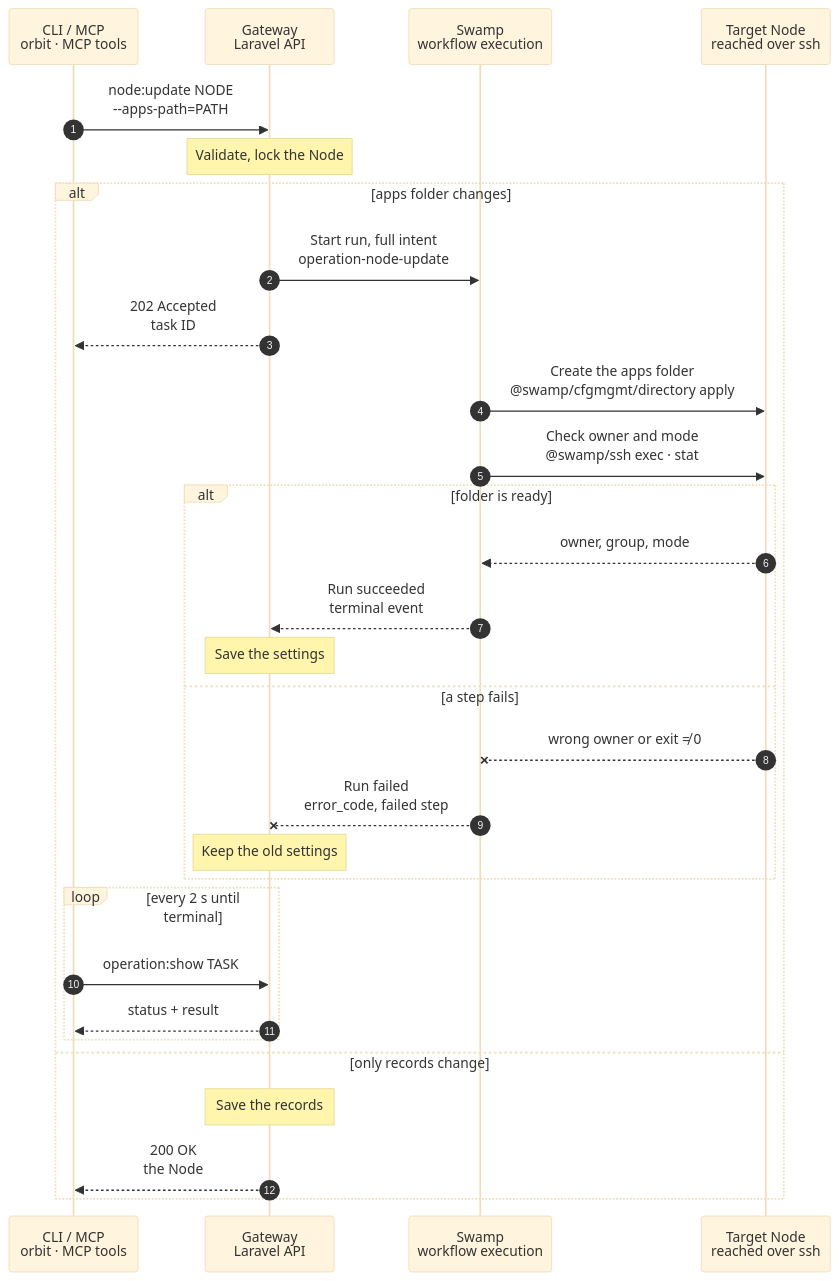
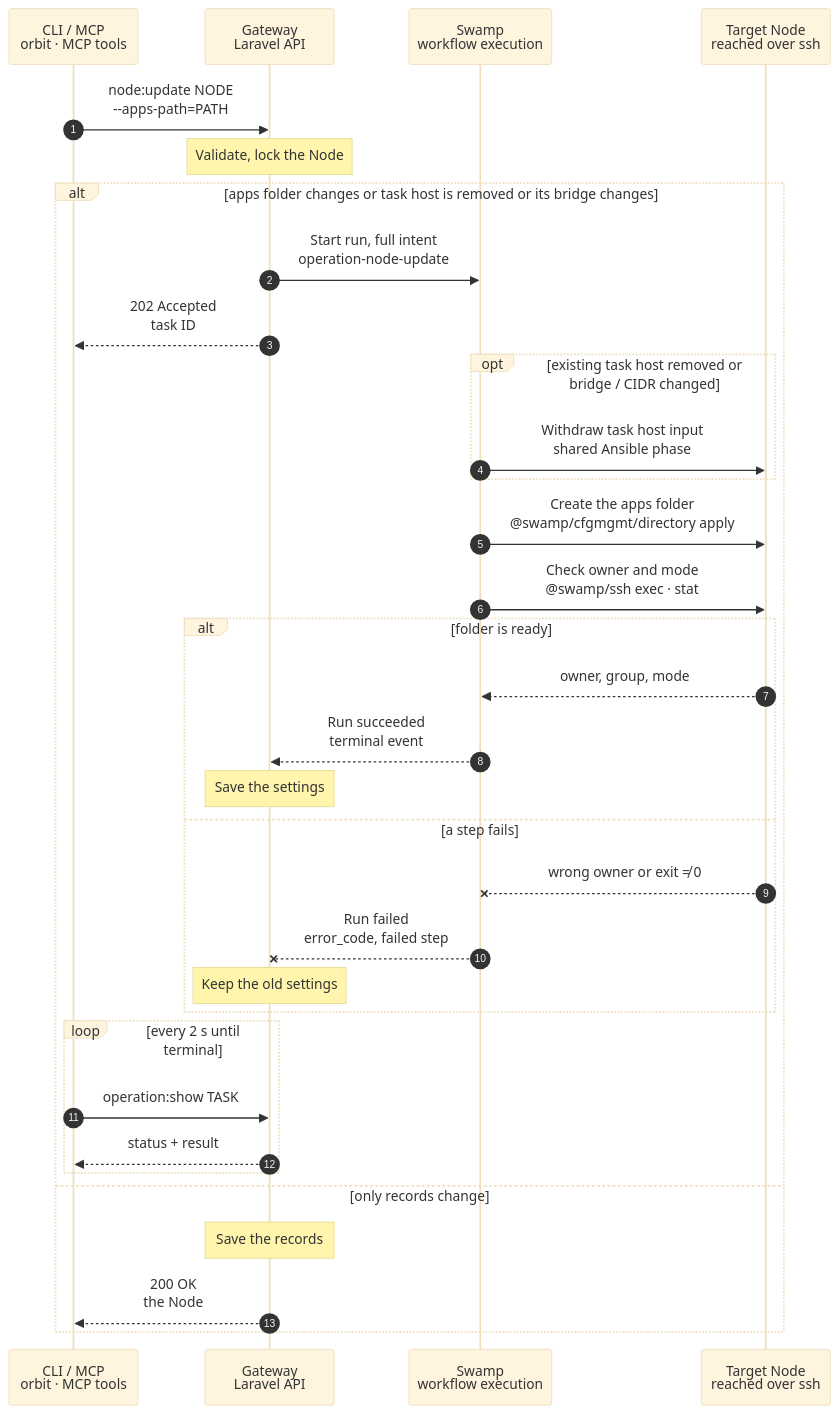
Before and after one commit to hardimpactdev/orbit: the diagram in docs/cli/node/update.mmd, drawn with Mermaid (base theme). The commit also changed 29 other files, not shown here.

Commit message:
fix(task-vm): own and withdraw bridge input firewall rules

```diff
--- a/docs/cli/node/update.mmd
+++ b/docs/cli/node/update.mmd
@@ -1,91 +1,97 @@
 sequenceDiagram
-  %% Target design: ADR 0244 task, task_vms is record-only, apps.path is Node work, one node:update. docs/reference/node-settings.md.
+  %% Target design: ADR 0244 task, task-host input withdrawal and apps.path are Node work, one node:update. docs/reference/node-settings.md.
   %% status: reviewed
   %% command: node:update
   %% kind: node.update
   autonumber
   %% lane CLI icon=terminal pill=caller tone=gray
   %% lane GW icon=gateway pill=intent tone=blue
   %% lane SW icon=workflow pill=executes tone=green
   %% lane N icon=server pill=target tone=amber
   participant CLI as CLI / MCP<br/>orbit · MCP tools
   participant GW as Gateway<br/>Laravel API
   participant SW as Swamp<br/>workflow execution
   participant N as Target Node<br/>reached over ssh
   CLI->>GW: node:update NODE<br/>--apps-path=PATH
   %%> Command:
   %%> - `orbit node:update NODE --apps-path=PATH`
   %%> - syntax: `<node> [--name=NAME] [--platform=PLATFORM] [--apps-path=PATH] [--task-vms=JSON] [--json]`
   %%> Input:
   %%> - the Node, and at least one setting to change
-  %%> - `--apps-path` is the change that needs Node work; the other settings are records
+  %%> - an apps-folder change or withdrawal of existing task-host input rules needs Node work; other changes are records
   %%> - an empty value unsets a setting: `--apps-path=` unsets the folder, `--task-vms=null` removes the task VM host settings
   %%> Who can call it:
   %%> - the `orbit` CLI and the MCP tool send the same request
   Note over GW: Validate, lock the Node
   %%> Requirements:
   %%> - the calling Node has an access grant to the target Node
   %%> - `task_vms.ci_only` is a strict boolean; true reserves the whole host for authenticated CI proofs and its own refresh proof; `max_vms=6` fits up to two Large VMs
   %%> - `task_vms.task_max_vms` is a VM count from 0 to `max_vms` (at most 64), or null for no extra limit; it caps task work and operator proofs, including parked claims, but excludes authenticated CI and base refresh proofs; lowering it removes no claim
   %%> - every value passes the checks that the Node settings reference lists; a failed check changes nothing
   %%> - no other lifecycle change runs for the target; the Gateway holds the Node's name lock, and the new name's lock for a rename
   %%> Decides:
   %%> - whether the apps folder changes and needs Node work, so a run starts
-  alt apps folder changes
+  alt apps folder changes or task host is removed or its bridge changes
     GW->>SW: Start run, full intent<br/>operation-node-update
     %%> Inputs:
     %%> - the new apps folder, and the managed user and group that must own it
     %%> - the target's address and SSH host keys; the SSH identity comes from the `swamp` role
     %%> Not stored yet:
     %%> - the settings stay unchanged until the run succeeds; a new name or platform in the same request is saved at once
     %%> Unsetting on a Node with an active `app-dev` role:
     %%> - prepares the default folder, `<managed-user-home>/apps`
     GW-->>CLI: 202 Accepted<br/>task ID
     %%> What you get:
     %%> - the task ID, at once
     %%> Next:
     %%> - the CLI follows the task with `operation:show`
+    opt existing task host removed or bridge / CIDR changed
+      SW->>N: Withdraw task host input<br/>shared Ansible phase
+      %%> What it does:
+      %%> - removes only rules with the three catalog-owned task-host input comments, including duplicates and IPv6 rows
+      %%> - reads the firewall again and asserts none remain; failure keeps the stored settings
+    end
     SW->>N: Create the apps folder<br/>@swamp/cfgmgmt/directory apply
     %%> What it does:
-    %%> - creates the folder and any missing folders above it
+    %%> - only when an apps-folder change needs preparation: creates the folder and any missing folders above it
     %%> - gives it the managed user and group and mode `0755`
     %%> Not included:
     %%> - existing Instances don't move; new development Instances use the new folder
     SW->>N: Check owner and mode<br/>@swamp/ssh exec · stat
     %%> Why:
     %%> - it is the one end check: a real folder of the managed user and group, mode 0755
     alt folder is ready
       N-->>SW: owner, group, mode
       SW-->>GW: Run succeeded<br/>terminal event
       %%> How the Gateway learns it:
       %%> - its shared run reader sees the terminal event; Swamp never calls the Gateway
       Note over GW: Save the settings
       %%> Result:
       %%> - the apps folder is set, and any task VM host change in the same request is saved with it
       %%> - the task succeeds
     else a step fails
       N--xSW: wrong owner or exit ≠ 0
       %%> When:
       %%> - the folder can't be created, a file is in the way, or the check doesn't match
       SW--xGW: Run failed<br/>error_code, failed step
       Note over GW: Keep the old settings
       %%> Result:
       %%> - the settings stay unchanged and the task fails
       %%> On the Node:
       %%> - folders created before the failure stay; an empty folder is harmless and there is no rollback
       %%> Retry:
       %%> - run the same command again after fixing the cause; it is a new task
     end
     loop every 2 s until terminal
       CLI->>GW: operation:show TASK
       GW-->>CLI: status + result
     end
   else only records change
     Note over GW: Save the records
     %%> What it does:
-    %%> - saves the name, platform and task VM host settings at once; no task and no run, and no Node is contacted
+    %%> - saves the name, platform or task VM host settings at once when no apps preparation or task-host input withdrawal is needed; no Node is contacted
     %%> Skipped:
     %%> - when every value equals the stored one, nothing is written and the result reports `Skipped — already set (node.unchanged)`
     %%> - the skip reason is part of the successful result in human and machine output, not an error
     GW-->>CLI: 200 OK<br/>the Node
   end
```
